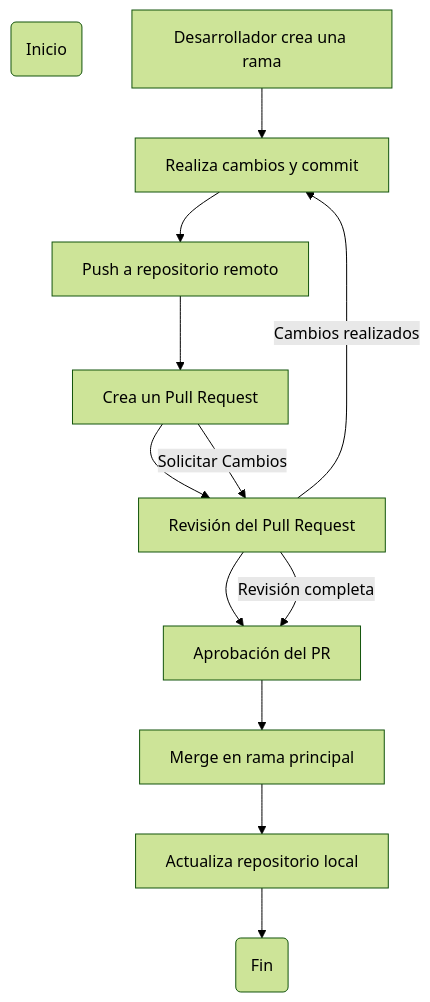
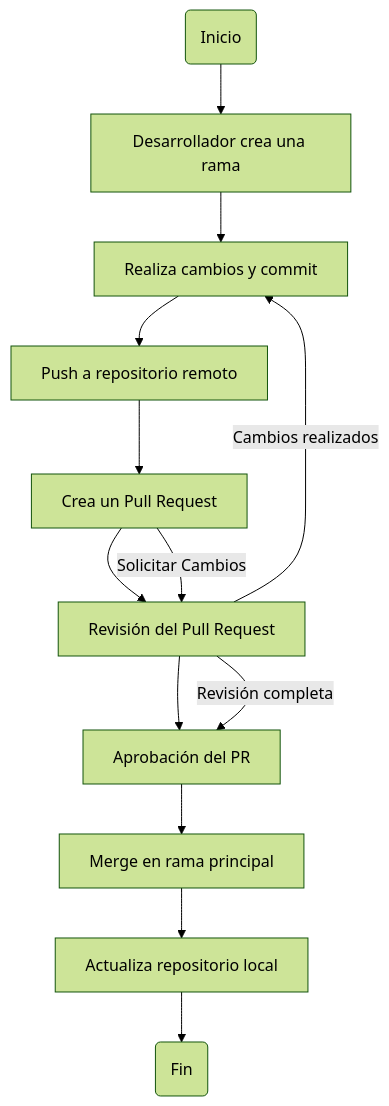
Before and after one commit to Analisis-y-metodologia-de-sistemas-2024/DiagramaPullRequest: the diagram in README.md, drawn with Mermaid (forest theme).

````diff
--- a/README.md
+++ b/README.md
@@ -2,16 +2,16 @@
 ```mermaid
 flowchart TD
-    X(Inicio)
-    A[Desarrollador crea una rama] --> B[Realiza cambios y commit]
+    X(Inicio) --> A[Desarrollador crea una rama]
+    A --> B[Realiza cambios y commit]
     B --> C[Push a repositorio remoto]
     C --> D[Crea un Pull Request]
     D --> E[Revisión del Pull Request]
     E --> F[Aprobación del PR]
     F --> G[Merge en rama principal]
     G --> H[Actualiza repositorio local]
     H --> I(Fin)
     
     D -->|Solicitar Cambios| E
     E -->|Cambios realizados| B
     E -->|Revisión completa| F
 ```
````
